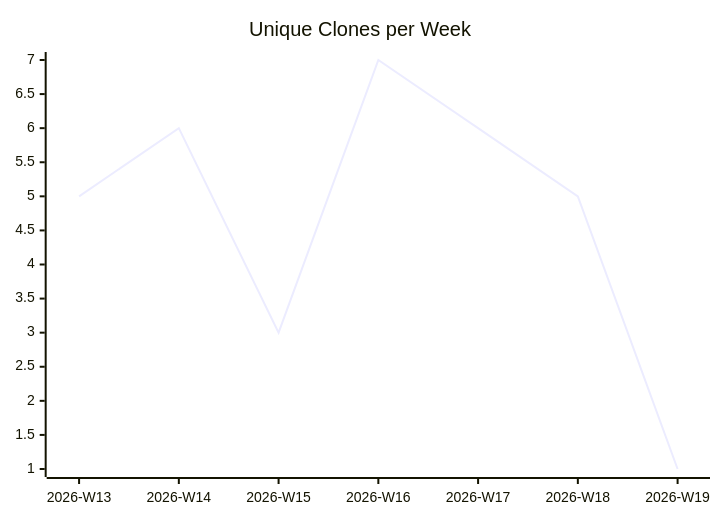
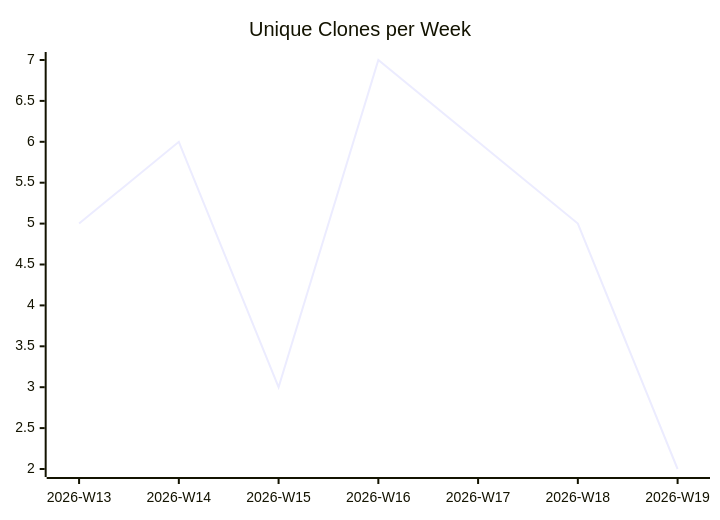
One commit to justdavis-family/github-analytics-data changed the third of 3 diagrams in karlmdavis/kxml2/README.md. Above: the diagram before and after it, drawn with Mermaid. The commit also changed other lines of this file and 177 other files, not shown here.

````diff
--- a/karlmdavis/kxml2/README.md
+++ b/karlmdavis/kxml2/README.md
@@ -19,6 +19,6 @@
 ```mermaid
 xychart-beta
   title "Unique Clones per Week"
   x-axis ["2026-W13", "2026-W14", "2026-W15", "2026-W16", "2026-W17", "2026-W18", "2026-W19"]
-  line [5, 6, 3, 7, 6, 5, 1]
+  line [5, 6, 3, 7, 6, 5, 2]
 ```
````
